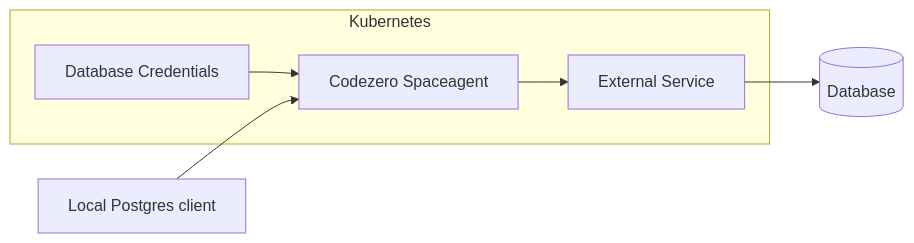
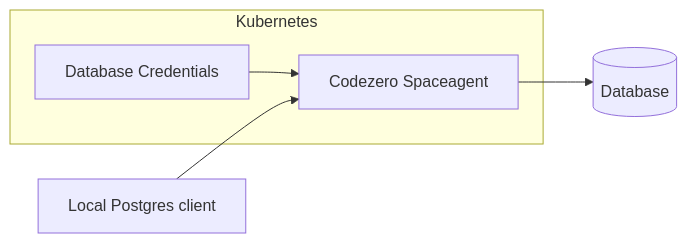
One commit to c6o/docs changed the diagram in docs/guides/credential-infusion.mdx. Above: the diagram before and after it, drawn with Mermaid. The commit also changed other lines of this file and 5 other files, not shown here.

````diff
--- a/docs/guides/credential-infusion.mdx
+++ b/docs/guides/credential-infusion.mdx
@@ -10,10 +10,9 @@
 ```mermaid
 flowchart LR
   direction LR
   subgraph Kubernetes
     Secret[Database Credentials]-->spaceagent[Codezero Spaceagent]
-    spaceagent-->ExternalService[External Service]
   end
+  spaceagent-->Database[(Database)]
   localDev[Local Postgres client]-->spaceagent
-  ExternalService-->Database[(Database)]
 ```
````
